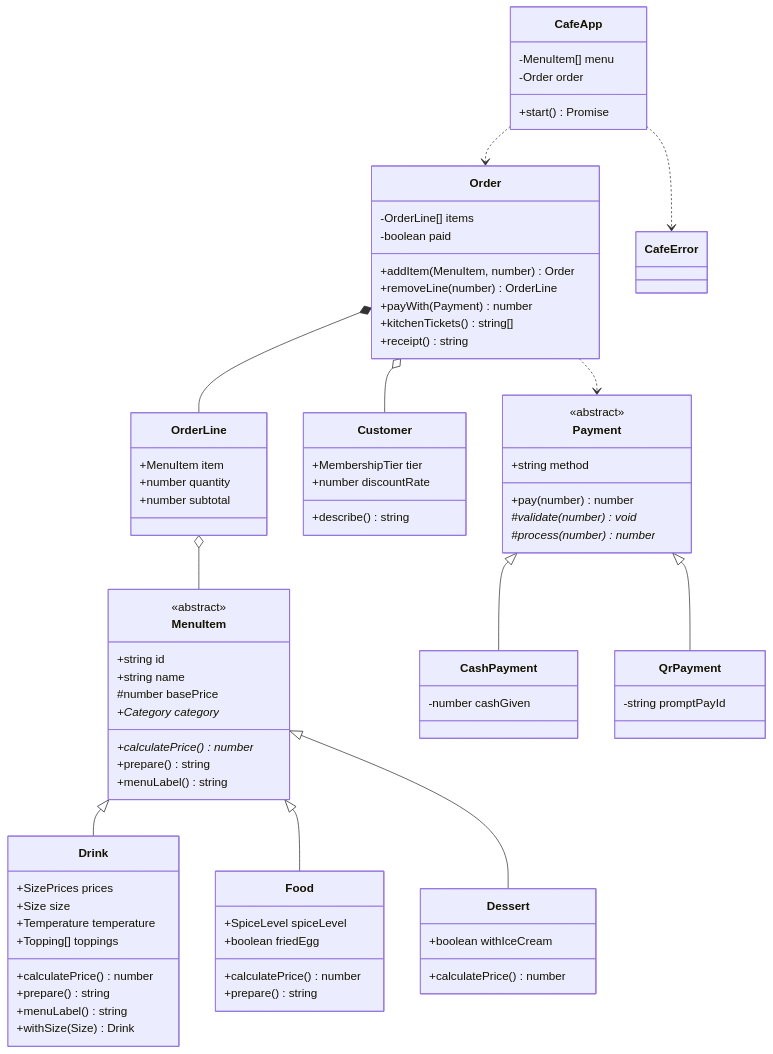
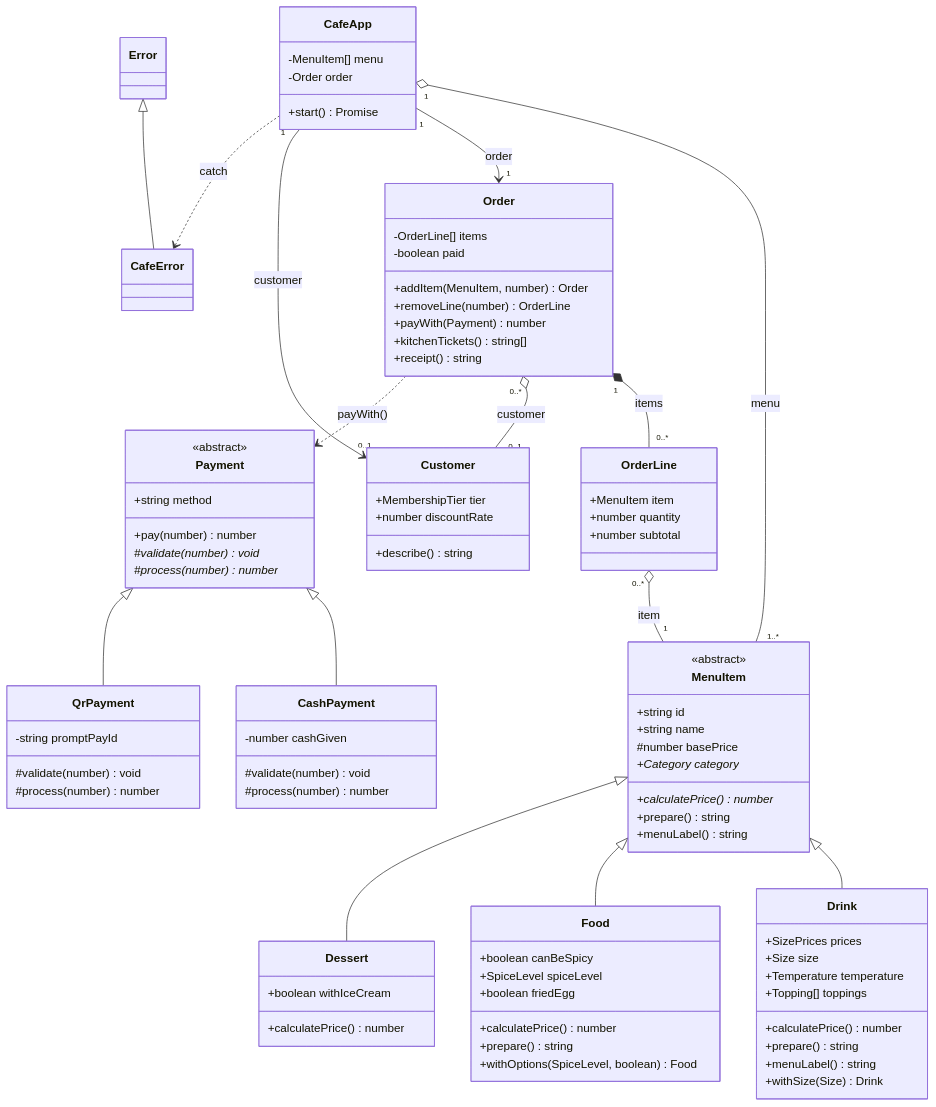
The diagram in README.md (Jester1478/ProjectOOP), drawn with Mermaid before and after one commit. The commit also changed 2 other files, not shown here.

Commit message:
oop8
class diagram

````diff
--- a/README.md
+++ b/README.md
@@ -70,10 +70,12 @@
         +withSize(Size) Drink
     }
     class Food {
+        +boolean canBeSpicy
         +SpiceLevel spiceLevel
         +boolean friedEgg
         +calculatePrice() number
         +prepare() string
+        +withOptions(SpiceLevel, boolean) Food
     }
     class Dessert {
         +boolean withIceCream
@@ -109,9 +111,13 @@
     }
     class CashPayment {
         -number cashGiven
+        #validate(number) void
+        #process(number) number
     }
     class QrPayment {
         -string promptPayId
+        #validate(number) void
+        #process(number) number
     }
 
     class CafeApp {
@@ -120,16 +126,20 @@
         +start() Promise
     }
     class CafeError
+    class Error
 
     MenuItem <|-- Drink
     MenuItem <|-- Food
     MenuItem <|-- Dessert
     Payment <|-- CashPayment
     Payment <|-- QrPayment
-    Order *-- OrderLine
-    Order o-- Customer
-    Order ..> Payment
-    OrderLine o-- MenuItem
-    CafeApp ..> Order
-    CafeApp ..> CafeError
+    Error <|-- CafeError
+    Order "1" *-- "0..*" OrderLine : items
+    OrderLine "0..*" o-- "1" MenuItem : item
+    Order "0..*" o-- "0..1" Customer : customer
+    Order ..> Payment : payWith()
+    CafeApp "1" o-- "1..*" MenuItem : menu
+    CafeApp "1" --> "1" Order : order
+    CafeApp "1" --> "0..1" Customer : customer
+    CafeApp ..> CafeError : catch
 ```
````
